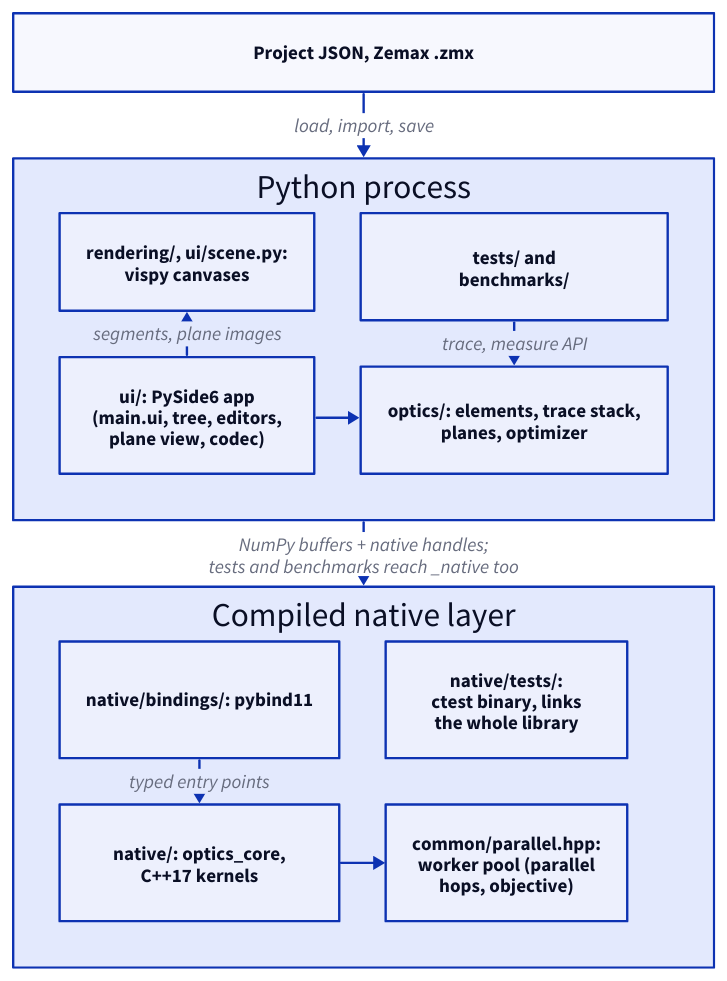
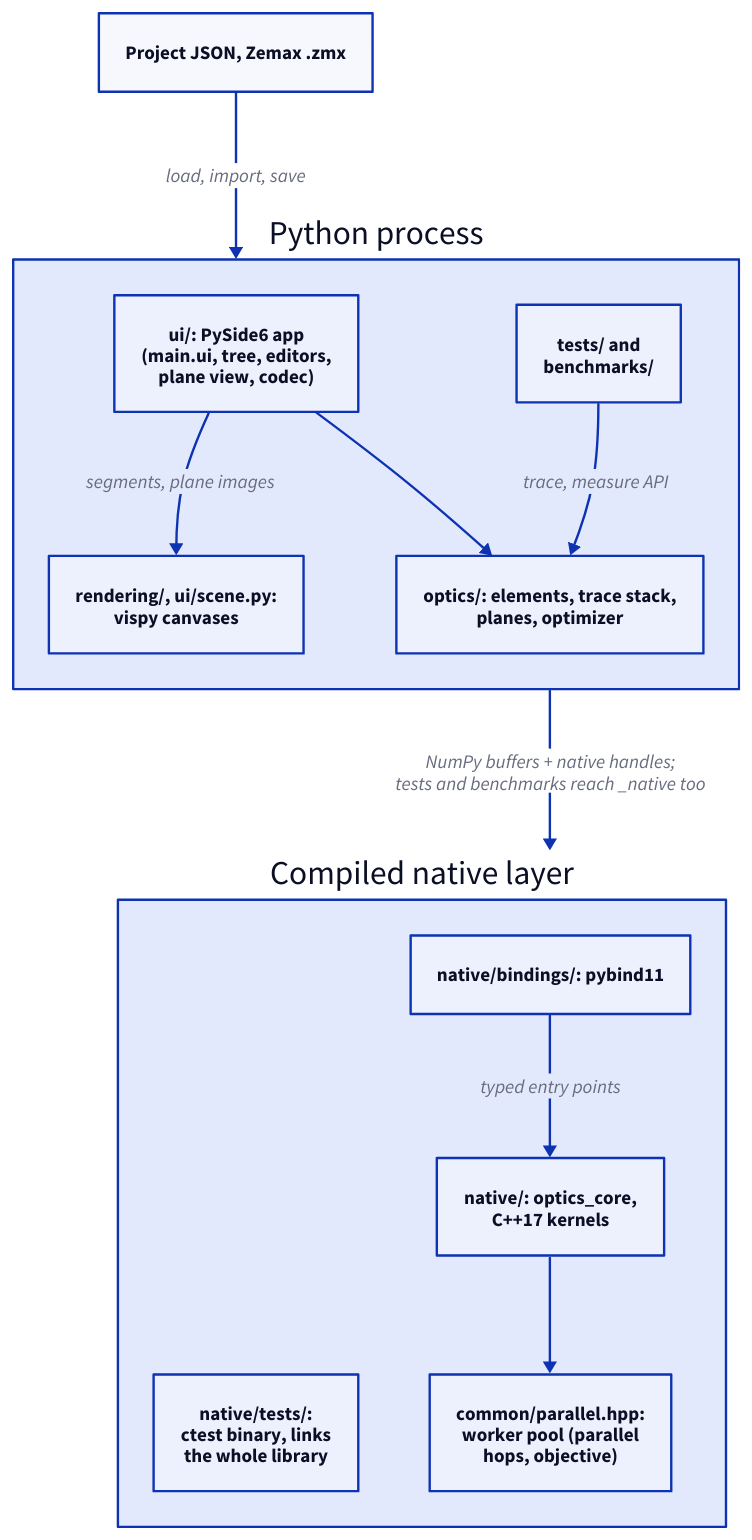
One commit to propane865/OpticsSimulator changed the diagram in docs/diagrams/system-overview.d2. Above: the diagram before and after it, drawn with D2. The commit also changed 14 other files, not shown here.

Commit message:
docs: update diagrams to be cleaner, include diagram regenerator script

```diff
--- a/docs/diagrams/system-overview.d2
+++ b/docs/diagrams/system-overview.d2
@@ -1,32 +1,29 @@
-grid-rows: 3
-grid-gap: 56
+direction: down
 
 doc: "Project JSON, Zemax .zmx"
 
 py: "Python process" {
-  grid-columns: 2
-  grid-gap: 39
+  direction: right
   scene: "rendering/, ui/scene.py:\nvispy canvases"
   app: "ui/: PySide6 app\n(main.ui, tree, editors,\nplane view, codec)"
   cons: "tests/ and\nbenchmarks/"
   domain: "optics/: elements, trace stack,\nplanes, optimizer"
 
   app -> scene: "segments, plane images"
   app -> domain
   cons -> domain: "trace, measure API"
 }
 
 nat: "Compiled native layer" {
-  grid-columns: 2
-  grid-gap: 39
+  direction: right
   abi: "native/bindings/: pybind11"
   kern: "native/: optics_core,\nC++17 kernels"
   ntests: "native/tests/:\nctest binary, links\nthe whole library"
   pool: "common/parallel.hpp:\nworker pool (parallel\nhops, objective)"
 
   abi -> kern: "typed entry points"
   kern -> pool
 }
 
 doc -> py: "load, import, save"
 py -> nat: "NumPy buffers + native handles;\ntests and benchmarks reach _native too"
```
